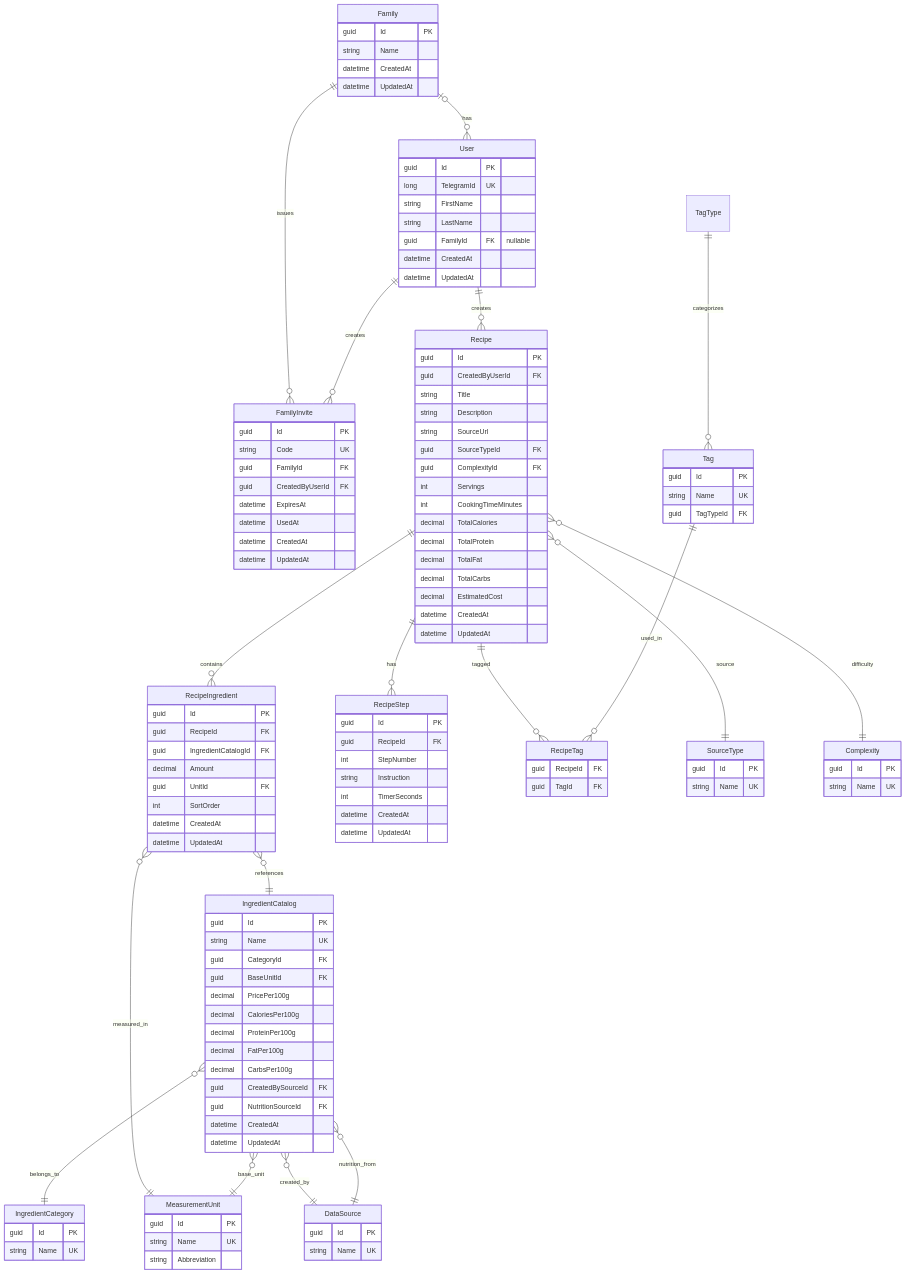
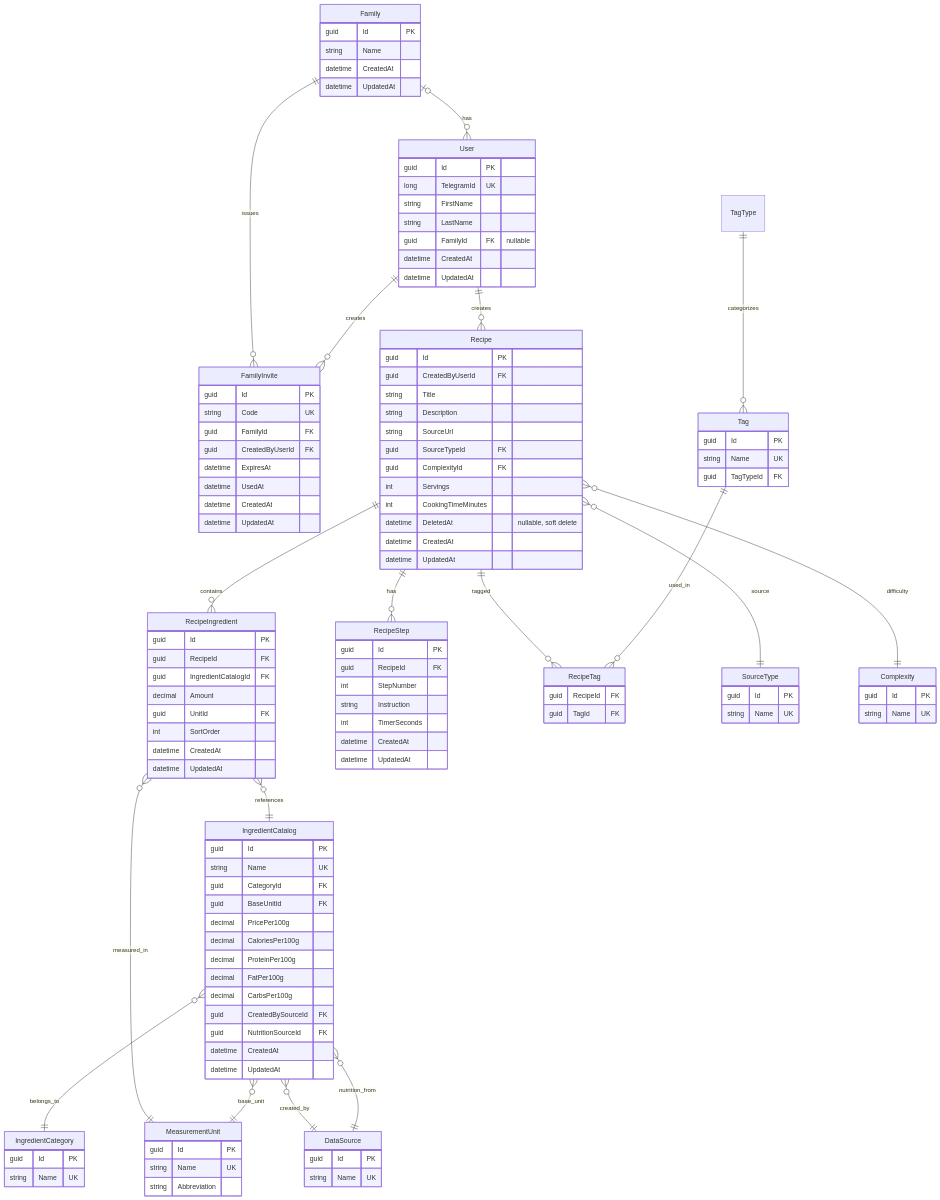
One commit to Henogapok/CookingApp changed the diagram in CLAUDE.md. Above: the diagram before and after it, drawn with Mermaid. The commit also changed other lines of this file and 59 other files, not shown here.

First line of the commit message:
Add Recipe CRUD with family access and soft delete, Tag CRUD, reference data seed

```diff
--- a/CLAUDE.md
+++ b/CLAUDE.md
@@ -171,11 +175,7 @@
     guid ComplexityId FK
     int Servings
     int CookingTimeMinutes
-    decimal TotalCalories
-    decimal TotalProtein
-    decimal TotalFat
-    decimal TotalCarbs
-    decimal EstimatedCost
+    datetime DeletedAt "nullable, soft delete"
     datetime CreatedAt
     datetime UpdatedAt
   }
```
